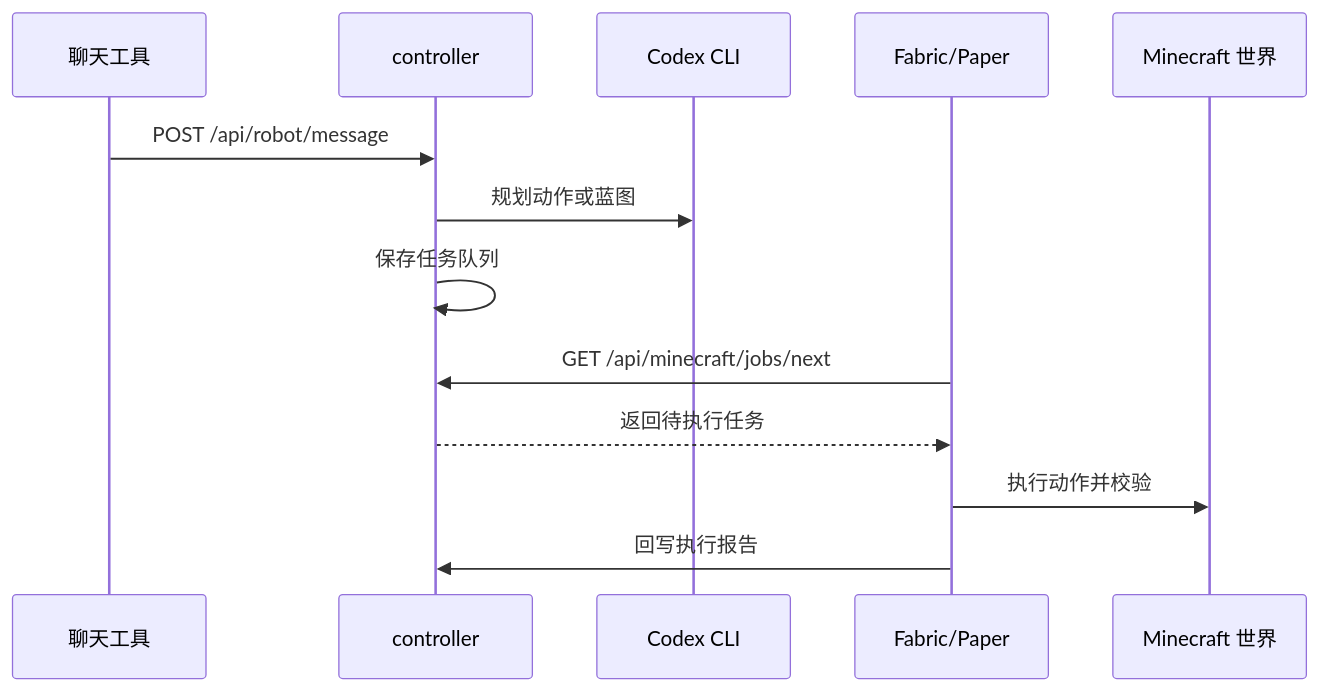
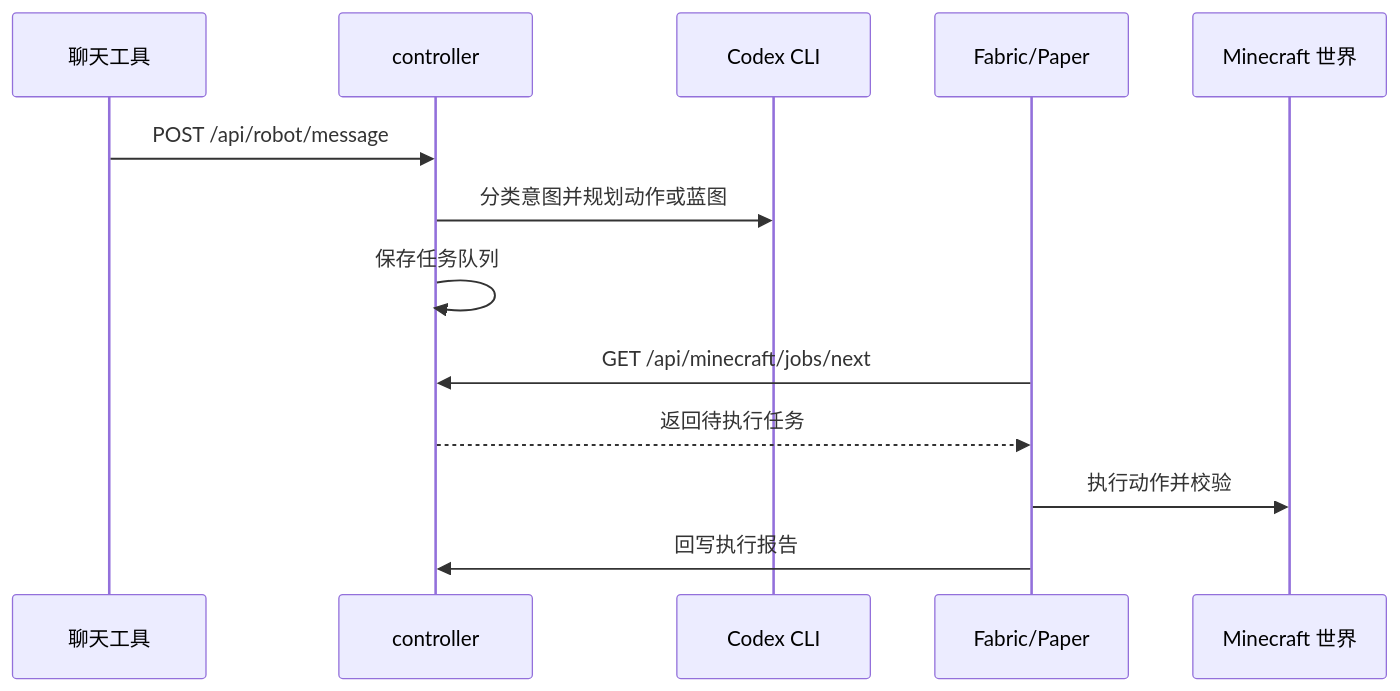
The second of 2 diagrams in docs/ARCHITECTURE.md (mari0w/blockwright), drawn with Mermaid before and after one commit. The commit also changed other lines of this file and 24 other files, not shown here.

````diff
--- a/docs/ARCHITECTURE.md
+++ b/docs/ARCHITECTURE.md
@@ -100,16 +101,16 @@
 ```mermaid
 sequenceDiagram
     participant Bot as 聊天工具
     participant Controller as controller
     participant Codex as Codex CLI
     participant Mod as Fabric/Paper
     participant World as Minecraft 世界
 
     Bot->>Controller: POST /api/robot/message
-    Controller->>Codex: 规划动作或蓝图
+    Controller->>Codex: 分类意图并规划动作或蓝图
     Controller->>Controller: 保存任务队列
     Mod->>Controller: GET /api/minecraft/jobs/next
     Controller-->>Mod: 返回待执行任务
     Mod->>World: 执行动作并校验
     Mod->>Controller: 回写执行报告
 ```
````
